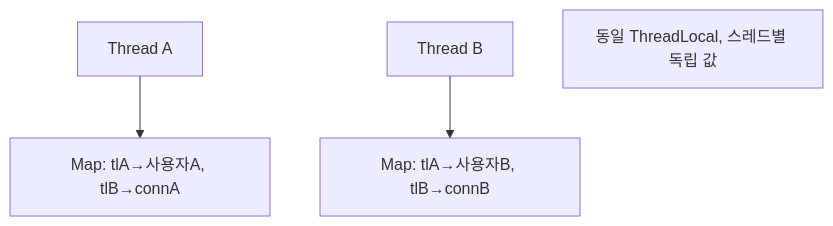
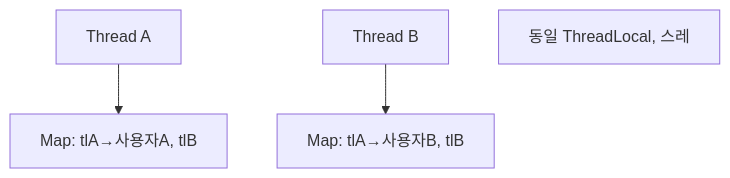
Before and after one commit to yjkim2015/yjkim2015.github.io: diagram 16 of 17 in _posts/java/2026-05-01-java-thread.md, drawn with Mermaid. The commit also changed other lines of this file and 271 other files, not shown here.

First line of the commit message:
Mermaid 라벨 축소: 긴 노드 텍스트 18자 이하로 트림 + \n 제거

````diff
--- a/_posts/java/2026-05-01-java-thread.md
+++ b/_posts/java/2026-05-01-java-thread.md
@@ -1724,6 +1724,6 @@
 ```mermaid
 graph TD
-  TA["Thread A"] --> MA["Map: tlA→사용자A, tlB→connA"]
-  TB["Thread B"] --> MB["Map: tlA→사용자B, tlB→connB"]
-  NOTE["동일 ThreadLocal, 스레드별 독립 값"]
+  TA["Thread A"] --> MA["Map: tlA→사용자A, tlB"]
+  TB["Thread B"] --> MB["Map: tlA→사용자B, tlB"]
+  NOTE["동일 ThreadLocal, 스레"]
 ```
````
